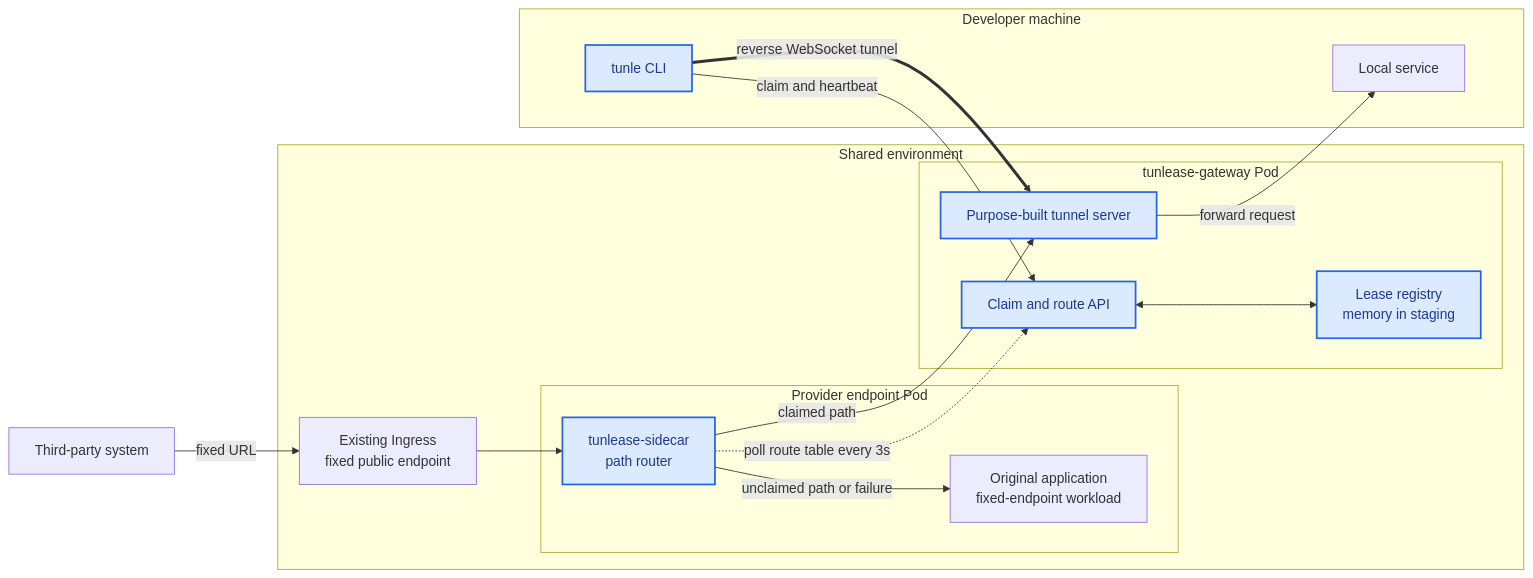
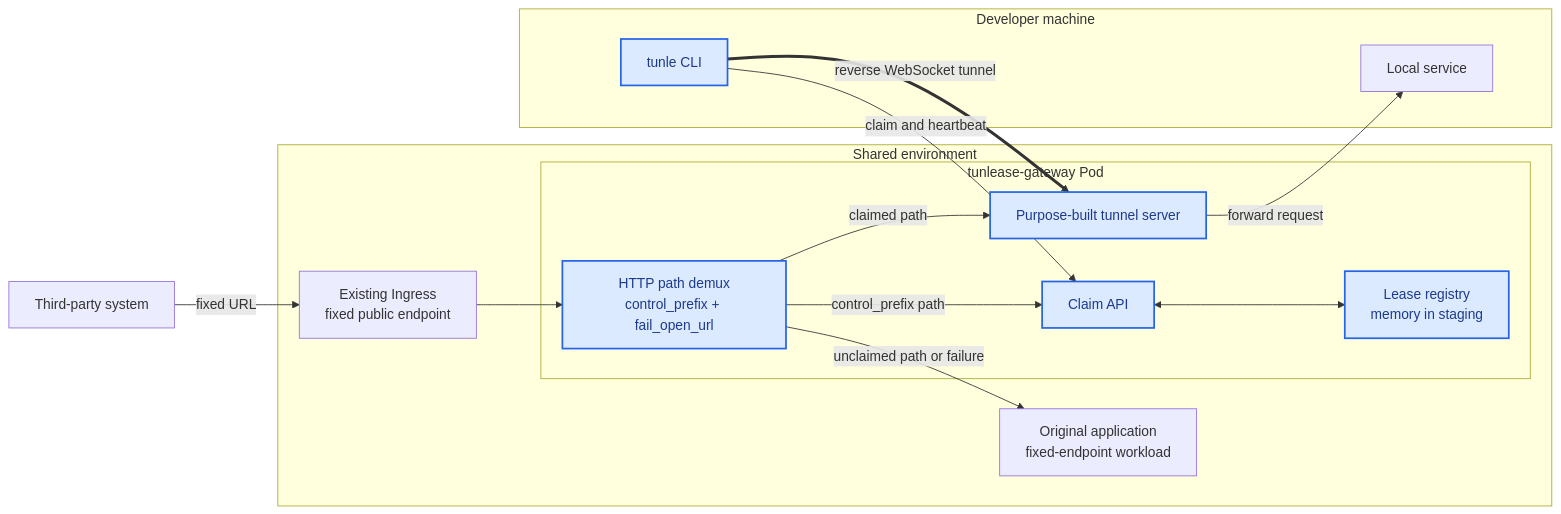
The first of 3 diagrams in docs/architecture.md (iml885203/tunlease), drawn with Mermaid before and after one commit. The commit also changed other lines of this file and 31 other files, not shown here.

````diff
--- a/docs/architecture.md
+++ b/docs/architecture.md
@@ -7,37 +7,35 @@
 ```mermaid
 flowchart LR
     ThirdParty[Third-party system]
 
     subgraph Cluster[Shared environment]
         Ingress[Existing Ingress<br/>fixed public endpoint]
 
-        subgraph Workload[Provider endpoint Pod]
-            Sidecar[tunlease-sidecar<br/>path router]
-            App[Original application<br/>fixed-endpoint workload]
-        end
-
         subgraph GatewayPod[tunlease-gateway Pod]
-            API[Claim and route API]
+            Router[HTTP path demux<br/>control_prefix + fail_open_url]
+            API[Claim API]
             Registry[Lease registry<br/>memory in staging]
             TunnelServer[Purpose-built tunnel server]
         end
+
+        App[Original application<br/>fixed-endpoint workload]
     end
 
     subgraph Developer[Developer machine]
         CLI[tunle CLI]
         LocalApp[Local service]
     end
 
     ThirdParty -->|fixed URL| Ingress
-    Ingress --> Sidecar
-    Sidecar -->|unclaimed path or failure| App
-    Sidecar -->|claimed path| TunnelServer
+    Ingress --> Router
+    Router -->|unclaimed path or failure| App
+    Router -->|claimed path| TunnelServer
+    Router -->|control_prefix path| API
     CLI -->|claim and heartbeat| API
     API <--> Registry
-    Sidecar -.->|poll route table every 3s| API
     CLI ==>|reverse WebSocket tunnel| TunnelServer
     TunnelServer -->|forward request| LocalApp
 
     classDef tunlease fill:#dbeafe,stroke:#2563eb,color:#1e3a8a,stroke-width:2px;
-    class CLI,Sidecar,API,Registry,TunnelServer tunlease;
+    class CLI,Router,API,Registry,TunnelServer tunlease;
 ```
````
